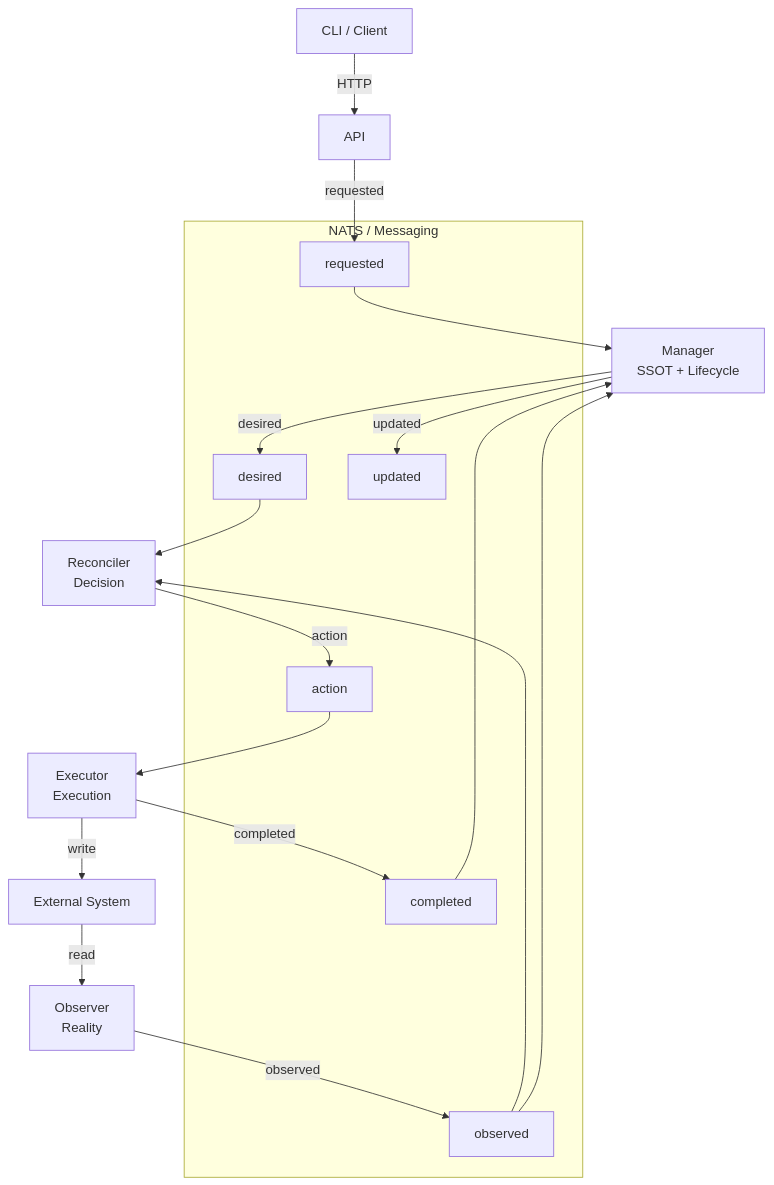
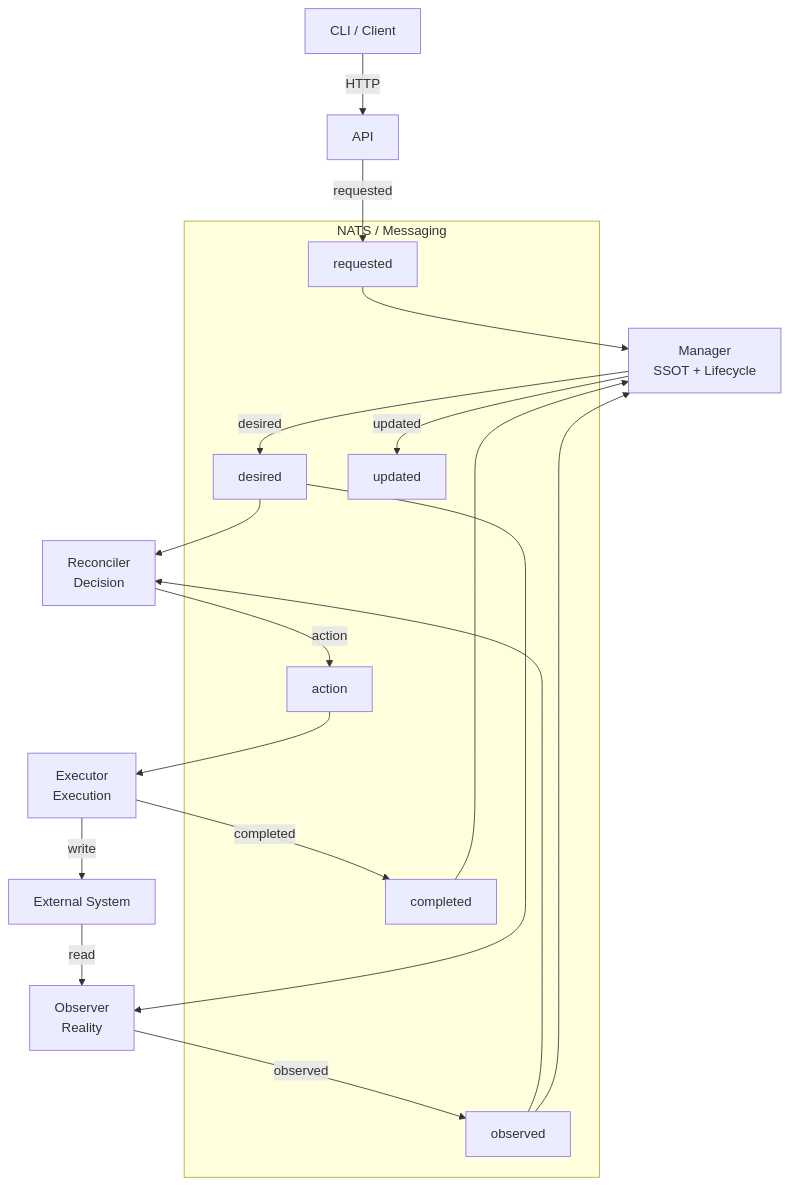
One commit to danielsabatini/smarkee changed the second of 44 diagrams in docs/RESOURCE-CONTROL-LOOP.md. Above: the diagram before and after it, drawn with Mermaid. The commit also changed other lines of this file, not shown here.

````diff
--- a/docs/RESOURCE-CONTROL-LOOP.md
+++ b/docs/RESOURCE-CONTROL-LOOP.md
@@ -266,45 +287,46 @@
 ```mermaid
 flowchart TB
 
     Client[CLI / Client]
     API[API]
 
     subgraph Messaging[NATS / Messaging]
         Requested[requested]
         Desired[desired]
         Observed[observed]
         Action[action]
         Completed[completed]
         Updated[updated]
     end
 
     Manager[Manager<br/>SSOT + Lifecycle]
     Observer[Observer<br/>Reality]
     Reconciler[Reconciler<br/>Decision]
     Executor[Executor<br/>Execution]
 
     External[External System]
 
     Client -->|HTTP| API
 
     API -->|requested| Requested
     Requested --> Manager
 
     Manager -->|desired| Desired
     Desired --> Reconciler
+    Desired --> Observer
 
     External -->|read| Observer
     Observer -->|observed| Observed
     Observed --> Reconciler
 
     Reconciler -->|action| Action
     Action --> Executor
 
     Executor -->|write| External
     Executor -->|completed| Completed
 
     Completed --> Manager
     Observed --> Manager
 
     Manager -->|updated| Updated
 ```
````
